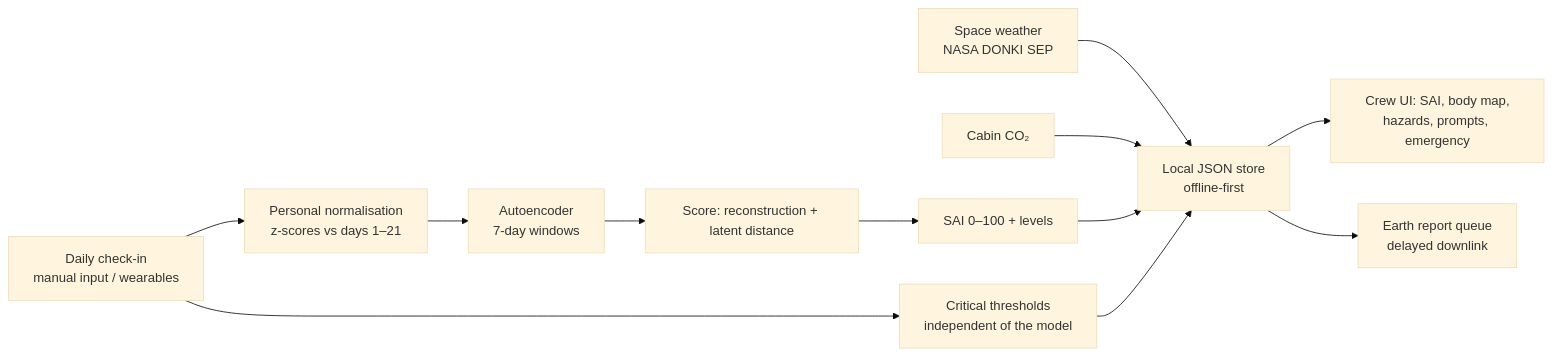
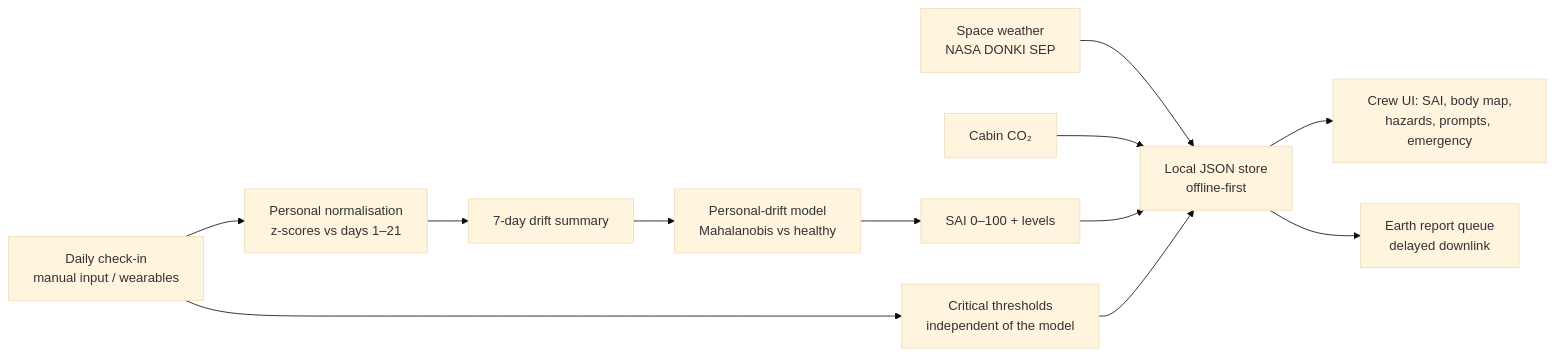
The diagram in README.md (MoAI-PL/NASASpaceApps-Health), drawn with Mermaid (base theme) before and after one commit. The commit also changed other lines of this file and 13 other files, not shown here.

````diff
--- a/README.md
+++ b/README.md
@@ -64,14 +63,14 @@
 ```mermaid
 flowchart LR
   A[Daily check-in<br/>manual input / wearables] --> B[Personal normalisation<br/>z-scores vs days 1–21]
   R[Space weather<br/>NASA DONKI SEP] --> H
   C[Cabin CO₂] --> H
-  B --> D[Autoencoder<br/>7-day windows]
-  D --> E[Score: reconstruction + latent distance]
+  B --> D[7-day drift summary]
+  D --> E[Personal-drift model<br/>Mahalanobis vs healthy]
   E --> F[SAI 0–100 + levels]
   A --> G[Critical thresholds<br/>independent of the model]
   F --> H[Local JSON store<br/>offline-first]
   G --> H
   H --> I[Crew UI: SAI, body map,<br/>hazards, prompts, emergency]
   H --> J[Earth report queue<br/>delayed downlink]
 ```
````
